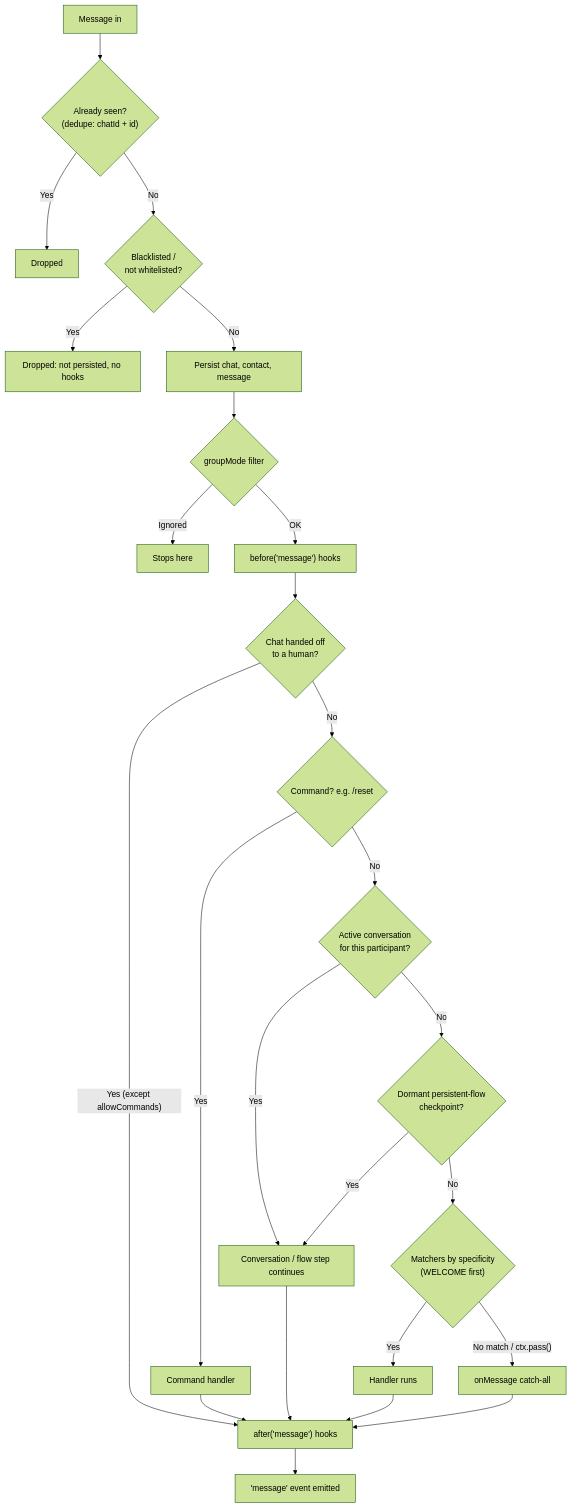
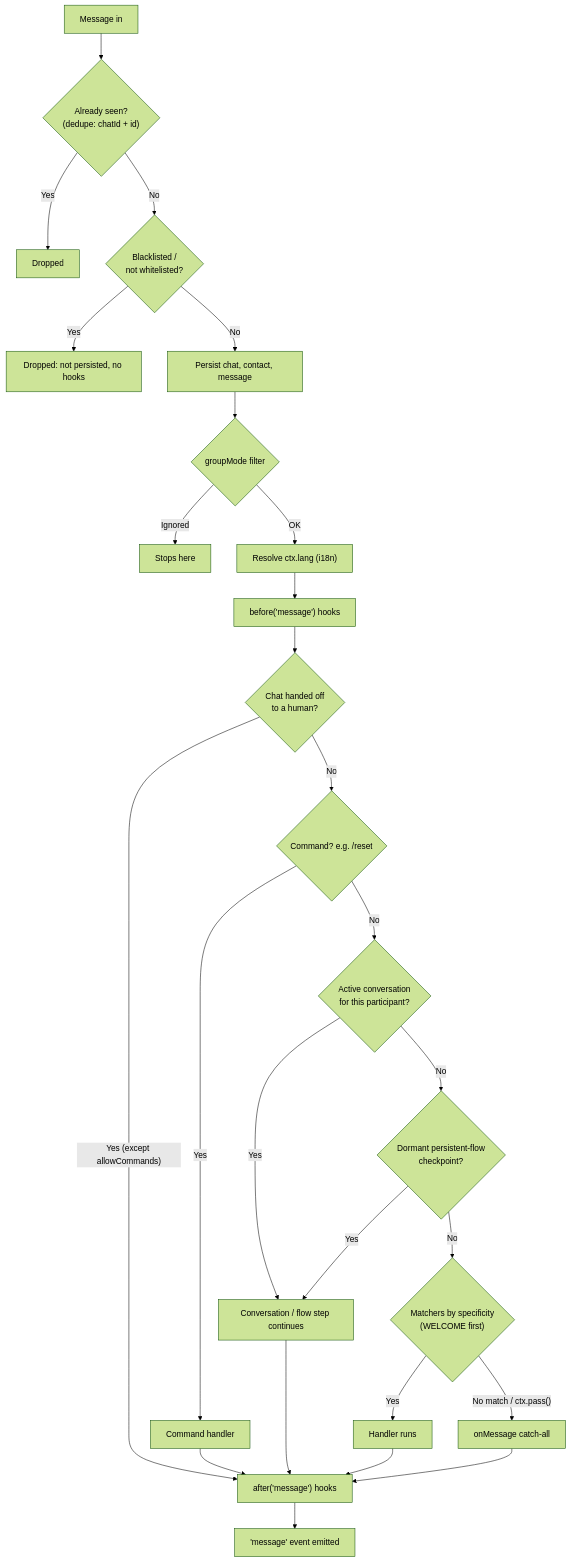
One commit to andresayac/bot-wa-baileys changed the diagram in docs/guide/concepts.md. Above: the diagram before and after it, drawn with Mermaid (forest theme). The commit also changed other lines of this file and 9 other files, not shown here.

````diff
--- a/docs/guide/concepts.md
+++ b/docs/guide/concepts.md
@@ -14,27 +14,28 @@
 ```mermaid
 flowchart TD
     A[Message in] --> DD{"Already seen?<br/>(dedupe: chatId + id)"}
     DD -->|Yes| X0[Dropped]
     DD -->|No| ACL{"Blacklisted /<br/>not whitelisted?"}
     ACL -->|Yes| X1[Dropped: not persisted, no hooks]
     ACL -->|No| P[Persist chat, contact, message]
     P --> GM{"groupMode filter"}
     GM -->|Ignored| X2[Stops here]
-    GM -->|OK| B["before('message') hooks"]
+    GM -->|OK| L["Resolve ctx.lang (i18n)"]
+    L --> B["before('message') hooks"]
     B --> HO{"Chat handed off<br/>to a human?"}
     HO -->|"Yes (except allowCommands)"| J
     HO -->|No| C{"Command? e.g. /reset"}
     C -->|Yes| D[Command handler]
     C -->|No| E{Active conversation<br/>for this participant?}
     E -->|Yes| F[Conversation / flow step continues]
     E -->|No| R{Dormant persistent-flow<br/>checkpoint?}
     R -->|Yes| F
     R -->|No| G{"Matchers by specificity<br/>(WELCOME first)"}
     G -->|Yes| H[Handler runs]
     G -->|"No match / ctx.pass()"| I[onMessage catch-all]
     D --> J["after('message') hooks"]
     F --> J
     H --> J
     I --> J
     J --> K["'message' event emitted"]
 ```
````
